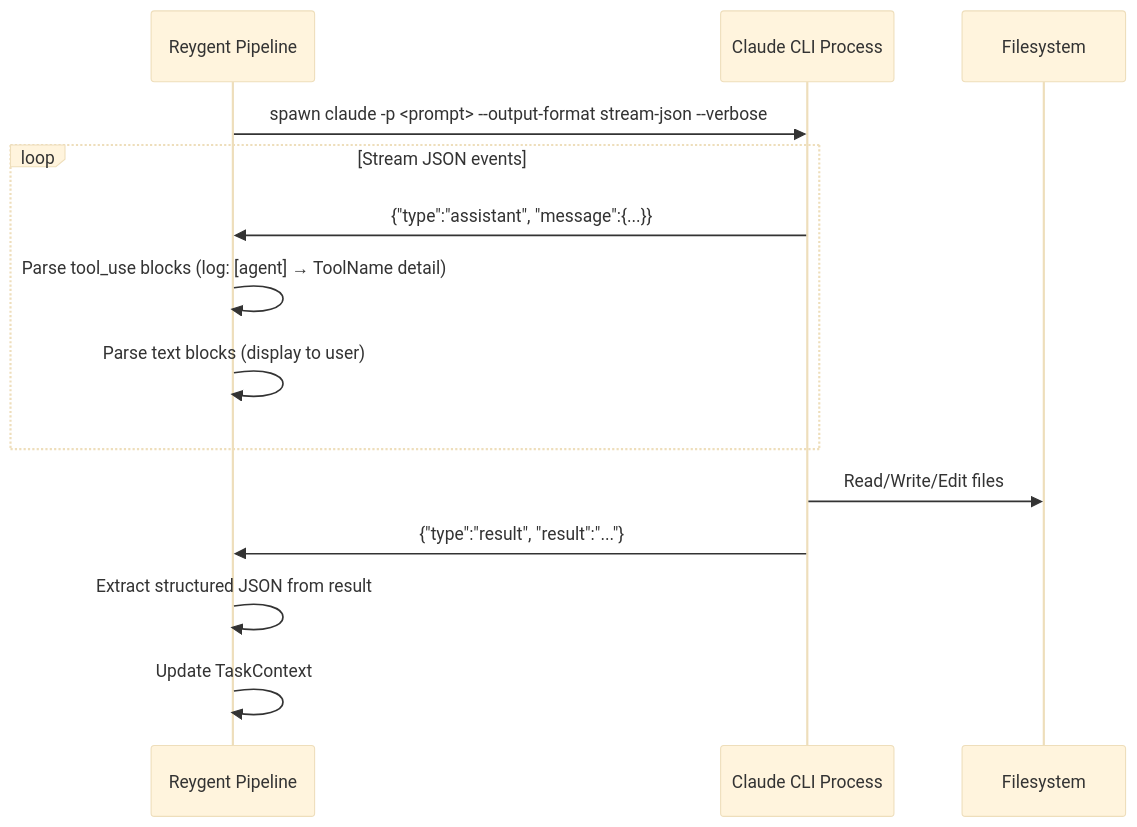
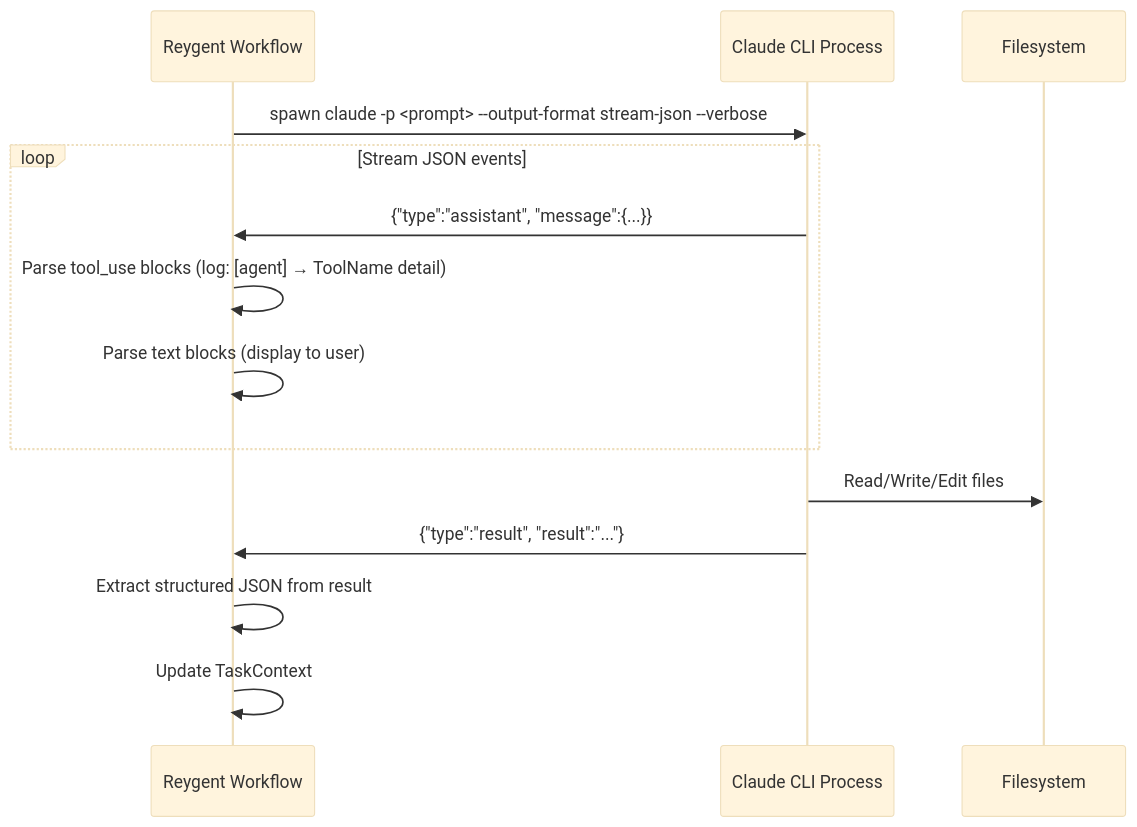
One commit to andrewevans0102/reygent changed the eighth of 9 diagrams in docs/workflows.md. Above: the diagram before and after it, drawn with Mermaid (base theme). The commit also changed other lines of this file and 5 other files, not shown here.

First line of the commit message:
docs: rename "pipeline" to "reygent workflow" in all user-facing docs (DT-268)

````diff
--- a/docs/workflows.md
+++ b/docs/workflows.md
@@ -201,19 +201,19 @@
 ```mermaid
 sequenceDiagram
-    participant R as Reygent Pipeline
+    participant R as Reygent Workflow
     participant C as Claude CLI Process
     participant FS as Filesystem
 
     R->>C: spawn claude -p <prompt> --output-format stream-json --verbose
 
     loop Stream JSON events
         C->>R: {"type":"assistant", "message":{...}}
         R->>R: Parse tool_use blocks (log: [agent] → ToolName detail)
         R->>R: Parse text blocks (display to user)
     end
 
     C->>FS: Read/Write/Edit files
     C->>R: {"type":"result", "result":"..."}
     R->>R: Extract structured JSON from result
     R->>R: Update TaskContext
 ```
````
